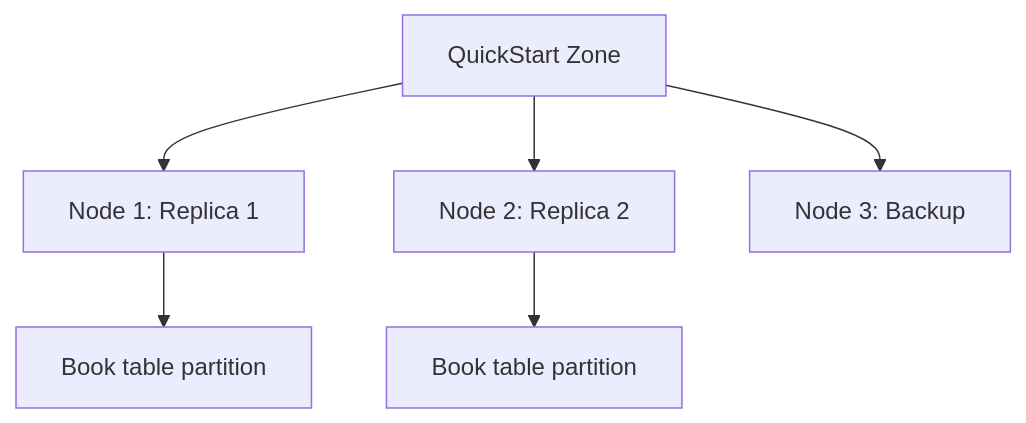
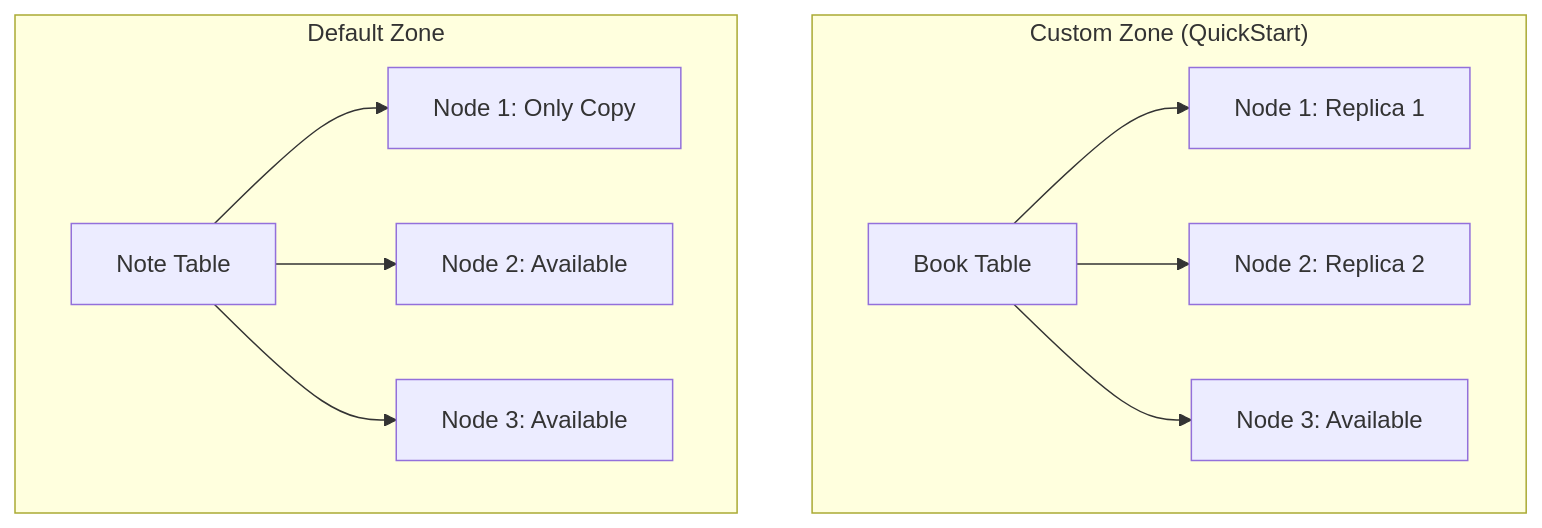
The first of 2 diagrams in docs/01-foundation/02-getting-started.md (maglietti/ignite3-java-api-primer), drawn with Mermaid before and after one commit. The commit also changed other lines of this file and 2 other files, not shown here.

````diff
--- a/docs/01-foundation/02-getting-started.md
+++ b/docs/01-foundation/02-getting-started.md
@@ -319,9 +411,14 @@
 ```mermaid
 flowchart TD
-    A["QuickStart Zone"] --> B["Node 1: Replica 1"]
-    A --> C["Node 2: Replica 2"] 
-    A --> D["Node 3: Backup"]
+    subgraph "Custom Zone (QuickStart)"
+        A["Book Table"] --> B["Node 1: Replica 1"]
+        A --> C["Node 2: Replica 2"] 
+        A --> D["Node 3: Available"]
+    end
     
-    B --> E["Book table partition"]
-    C --> F["Book table partition"]
+    subgraph "Default Zone"
+        E["Note Table"] --> F["Node 1: Only Copy"]
+        E --> G["Node 2: Available"]
+        E --> H["Node 3: Available"]
+    end
 ```
````
